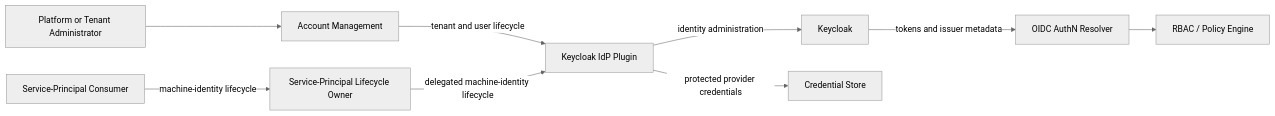
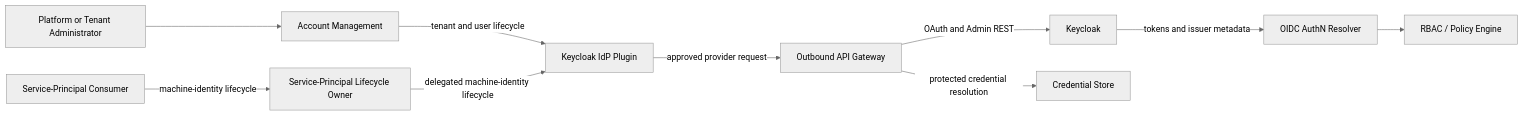
The diagram in gears/system/account-management/plugins/keycloak-idp-plugin/docs/PRD.md (constructorfabric/gears-rust), drawn with Mermaid (neutral theme) before and after one commit. The commit also changed other lines of this file and 1 other file, not shown here.

Commit message:
docs(keycloak-idp-plugin): resolve design review findings

````diff
--- a/gears/system/account-management/plugins/keycloak-idp-plugin/docs/PRD.md
+++ b/gears/system/account-management/plugins/keycloak-idp-plugin/docs/PRD.md
@@ -138,21 +145,23 @@
 ```mermaid
 flowchart LR
     Admin[Platform or Tenant Administrator]
     Consumer[Service-Principal Consumer]
     AM[Account Management]
     Owner[Service-Principal Lifecycle Owner]
     Plugin[Keycloak IdP Plugin]
+    OAGW[Outbound API Gateway]
     KC[Keycloak]
     CS[Credential Store]
     AuthN[OIDC AuthN Resolver]
     PDP[RBAC / Policy Engine]
 
     Admin --> AM
     Consumer -->|machine-identity lifecycle| Owner
     AM -->|tenant and user lifecycle| Plugin
     Owner -->|delegated machine-identity lifecycle| Plugin
-    Plugin -->|identity administration| KC
-    Plugin -->|protected provider credentials| CS
+    Plugin -->|approved provider request| OAGW
+    OAGW -->|OAuth and Admin REST| KC
+    OAGW -->|protected credential resolution| CS
     KC -->|tokens and issuer metadata| AuthN
     AuthN --> PDP
 ```
````
